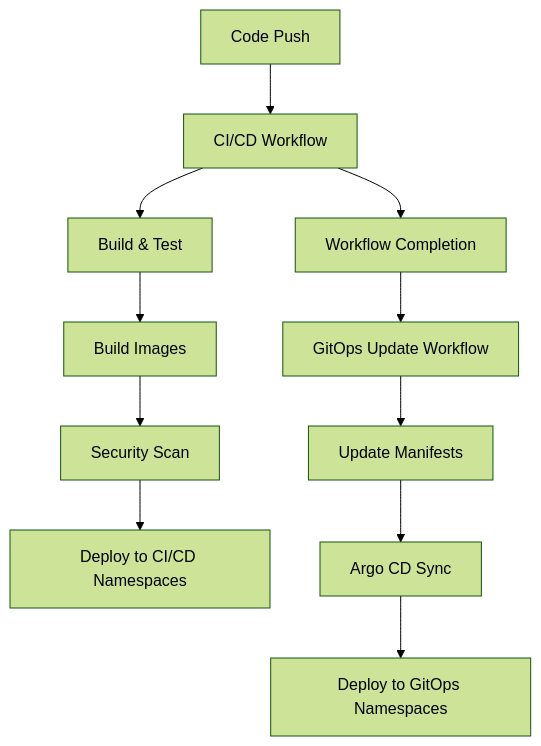
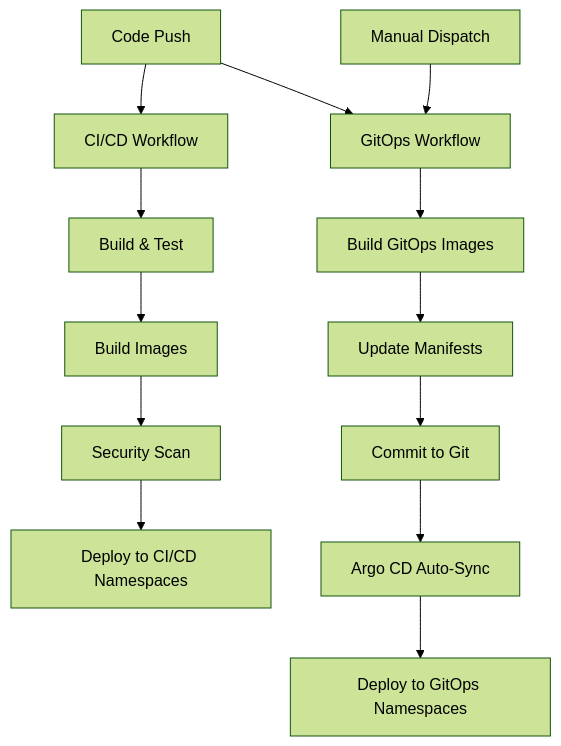
One commit to abtyagi09/aksmicroservices changed the diagram in WORKFLOW_SEPARATION.md. Above: the diagram before and after it, drawn with Mermaid (forest theme). The commit also changed other lines of this file, not shown here.

First line of the commit message:
docs: Update workflow documentation for enhanced GitOps pipeline

````diff
--- a/WORKFLOW_SEPARATION.md
+++ b/WORKFLOW_SEPARATION.md
@@ -47,14 +50,17 @@
 ```mermaid
 graph TD
     A[Code Push] --> B[CI/CD Workflow]
     B --> C[Build & Test]
     C --> D[Build Images]
     D --> E[Security Scan]
     E --> F[Deploy to CI/CD Namespaces]
     
-    B --> G[Workflow Completion]
-    G --> H[GitOps Update Workflow]
-    H --> I[Update Manifests]
-    I --> J[Argo CD Sync]
-    J --> K[Deploy to GitOps Namespaces]
+    A --> G[GitOps Workflow]
+    G --> H[Build GitOps Images]
+    H --> I[Update Manifests] 
+    I --> J[Commit to Git]
+    J --> K[Argo CD Auto-Sync]
+    K --> L[Deploy to GitOps Namespaces]
+    
+    M[Manual Dispatch] --> G
 ```
````
